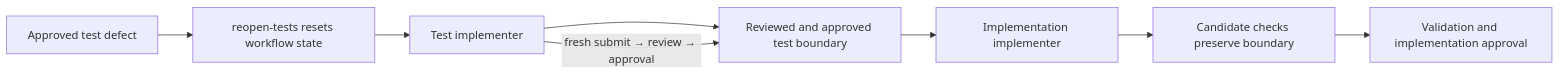
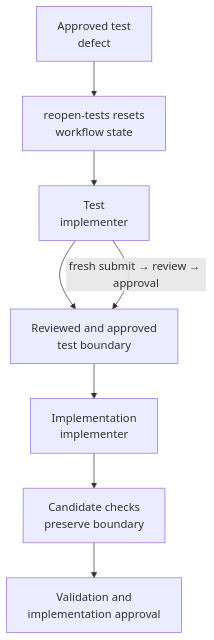
Before and after one commit to NathanZK/ChessEcho: the third of 4 diagrams in docs/engineering/agent-workflow-architecture.md, drawn with Mermaid. The commit also changed other lines of this file, not shown here.

Commit message:
Improve Mermaid diagram rendering

````diff
--- a/docs/engineering/agent-workflow-architecture.md
+++ b/docs/engineering/agent-workflow-architecture.md
@@ -98,10 +98,10 @@
 ```mermaid
-flowchart LR
-    T[Test implementer] --> B[Reviewed and approved test boundary]
-    B --> I[Implementation implementer]
-    I --> C[Candidate checks preserve boundary]
-    C --> V[Validation and implementation approval]
-    X[Approved test defect] --> R[reopen-tests resets workflow state]
+flowchart TB
+    T[Test<br/>implementer] --> B[Reviewed and approved<br/>test boundary]
+    B --> I[Implementation<br/>implementer]
+    I --> C[Candidate checks<br/>preserve boundary]
+    C --> V[Validation and<br/>implementation approval]
+    X[Approved test<br/>defect] --> R[reopen-tests resets<br/>workflow state]
     R --> T
     T -->|fresh submit → review → approval| B
 ```
````
